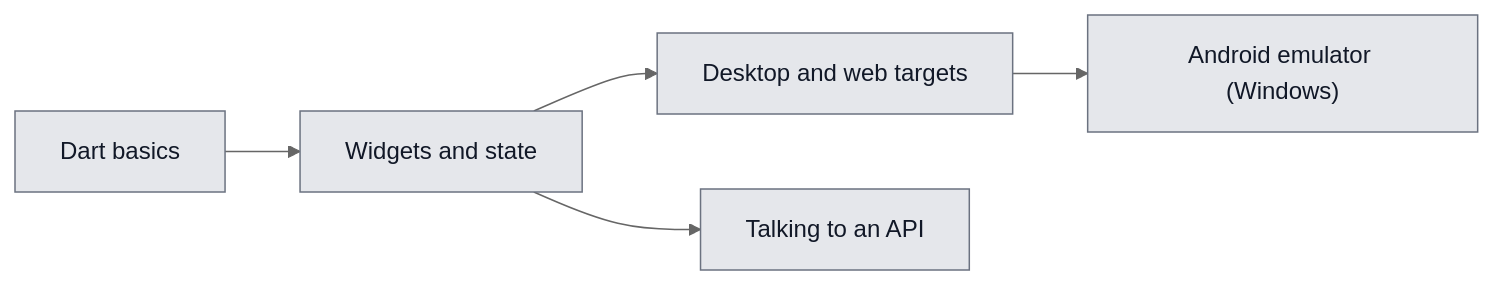
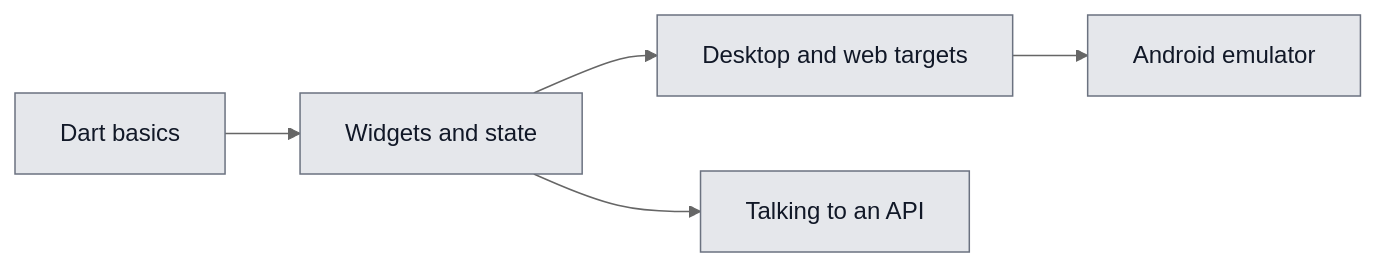
One commit to LasterBergamot/learning-lab-template changed the diagram in labs/mobile/README.md. Above: the diagram before and after it, drawn with Mermaid (neutral theme). The commit also changed other lines of this file and 29 other files, not shown here.

````diff
--- a/labs/mobile/README.md
+++ b/labs/mobile/README.md
@@ -18,18 +18,18 @@
 ```mermaid
 flowchart LR
   DART["Dart basics"]
   WID["Widgets and state"]
   DW["Desktop and web targets"]
   NETW["Talking to an API"]
-  AND["Android emulator (Windows)"]
+  AND["Android emulator"]
   DART --> WID
   WID --> DW
   WID --> NETW
   DW --> AND
 
   classDef todo fill:#e5e7eb,color:#111827,stroke:#6b7280
   classDef learning fill:#fde68a,color:#111827,stroke:#b45309
   classDef building fill:#bfdbfe,color:#111827,stroke:#1d4ed8
   classDef done fill:#bbf7d0,color:#111827,stroke:#15803d
   class DART,WID,DW,NETW,AND todo
 ```
````
